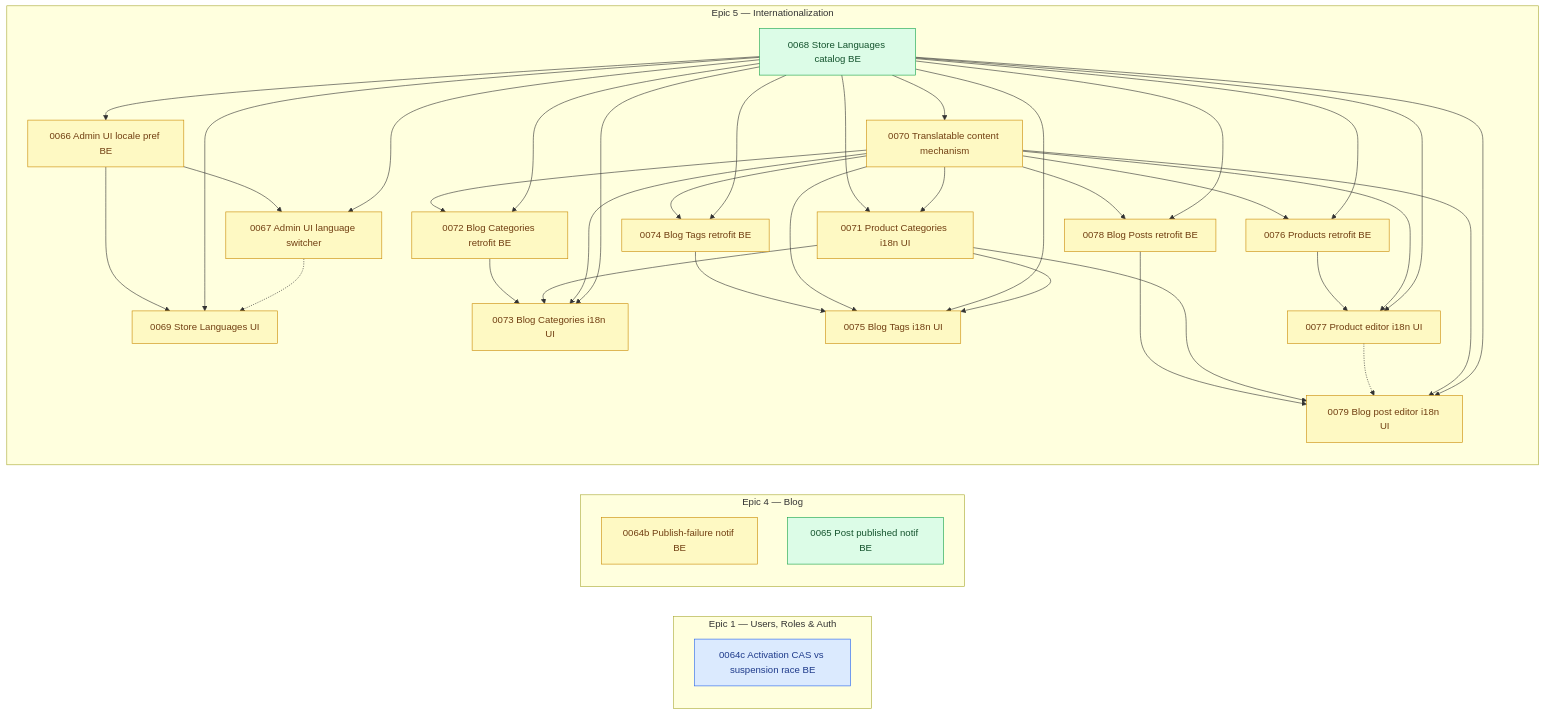
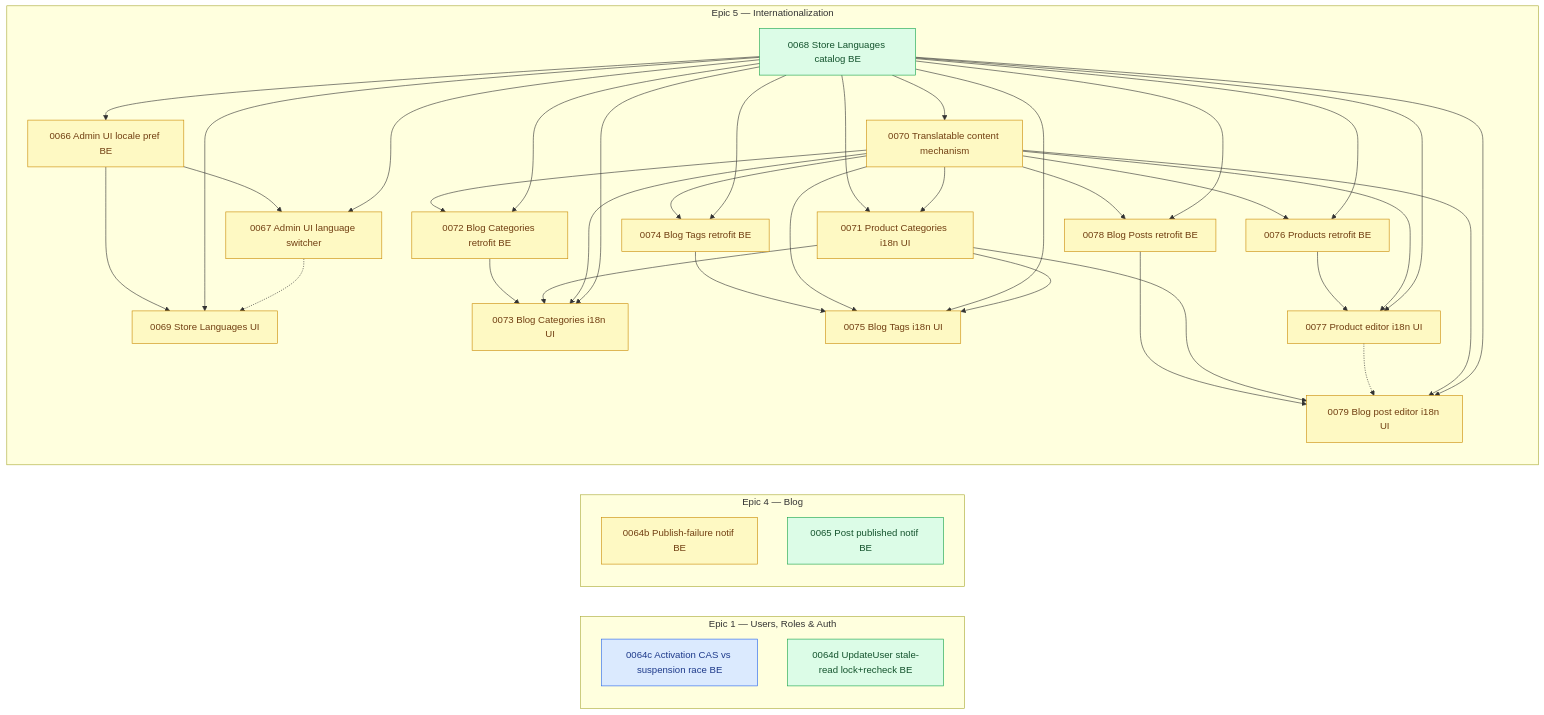
Before and after one commit to shojen/AI4Devs-finalproject: the diagram in arospe/ai-spec/tasks-map.md, drawn with Mermaid. The commit also changed other lines of this file and 3 other files, not shown here.

First line of the commit message:
docs(tasks): add story 0064d (UpdateUser stale-read lock+recheck)

````diff
--- a/arospe/ai-spec/tasks-map.md
+++ b/arospe/ai-spec/tasks-map.md
@@ -281,6 +288,7 @@
     subgraph PEND_AUTH["Epic 1 — Users, Roles & Auth"]
         direction TB
         P0064c["0064c Activation CAS vs suspension race BE"]
+        P0064d["0064d UpdateUser stale-read lock+recheck BE"]
     end
 
     subgraph PEND_BLOG["Epic 4 — Blog"]
@@ -374,6 +382,6 @@
     P0068 --> P0079
 
     class P0064b,P0066,P0067,P0069,P0070,P0071,P0072,P0073,P0074,P0075,P0076,P0077,P0078,P0079 pending;
-    class P0065,P0068 ready;
+    class P0065,P0068,P0064d ready;
     class P0064c claimed;
 ```
````
